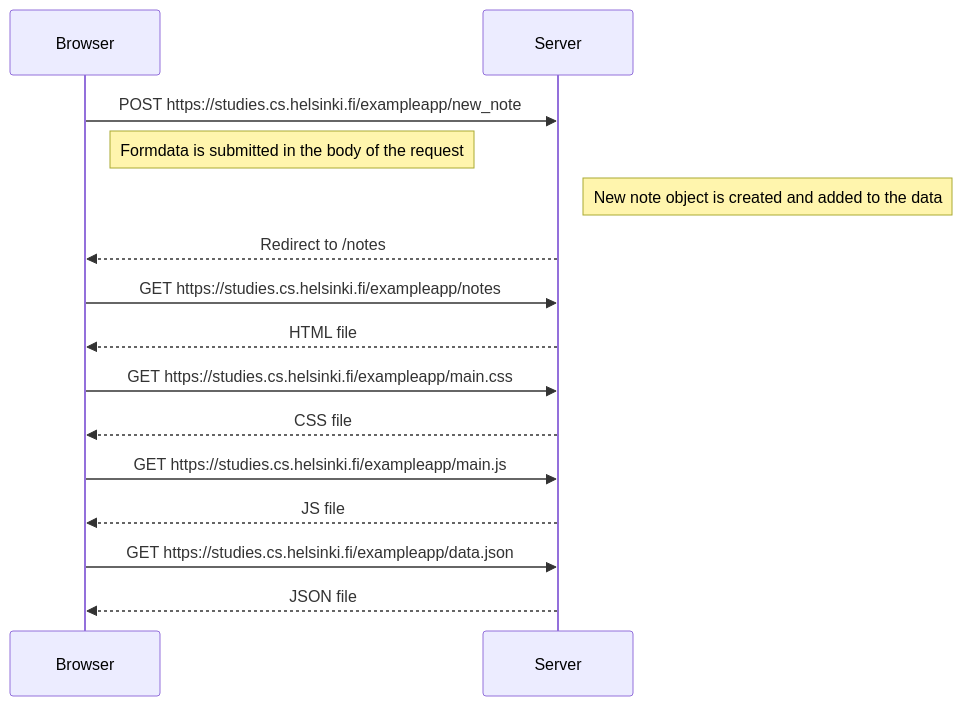
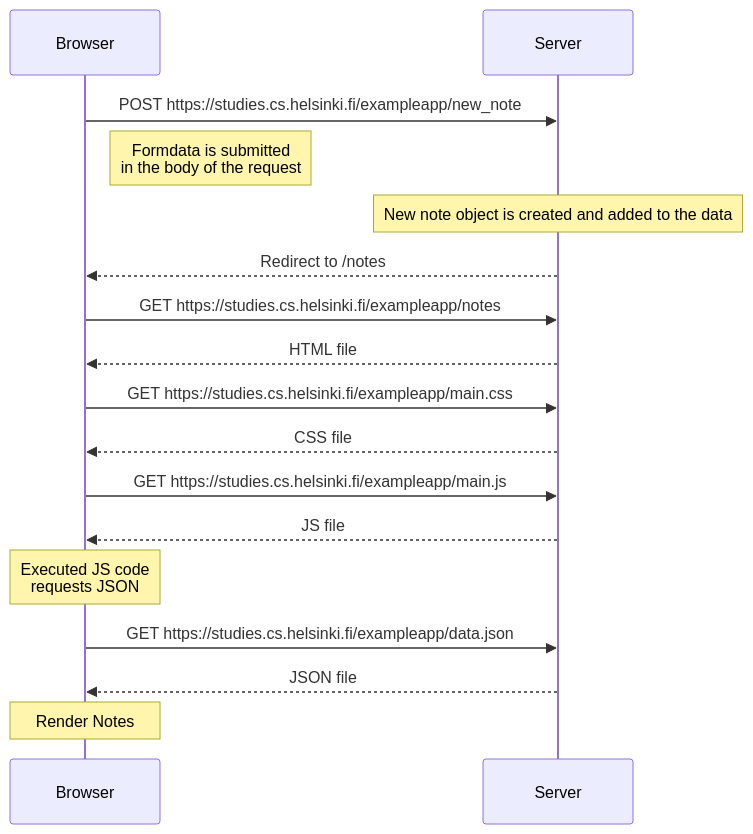
The diagram in part0/0.4-new-note-diagram.md (JD-Gonz/fullstackopen), drawn with Mermaid before and after one commit.

Commit message:
add more comments to exercise 0.4

`````diff
--- a/part0/0.4-new-note-diagram.md
+++ b/part0/0.4-new-note-diagram.md
@@ -3,19 +3,25 @@
 ```mermaid
 sequenceDiagram
     participant Browser
     participant Server
 
     Browser->>Server: POST https://studies.cs.helsinki.fi/exampleapp/new_note
-    note right of Browser: Formdata is submitted in the body of the request
-    note right of Server: New note object is created and added to the data
+
+    note right of Browser: Formdata is submitted<br>in the body of the request
+    note over Server: New note object is created and added to the data
     Server-->>Browser: Redirect to /notes
 
     Browser->>Server: GET https://studies.cs.helsinki.fi/exampleapp/notes
     Server-->>Browser: HTML file
     Browser->>Server: GET https://studies.cs.helsinki.fi/exampleapp/main.css
     Server-->>Browser: CSS file
     Browser->>Server: GET https://studies.cs.helsinki.fi/exampleapp/main.js
     Server-->>Browser: JS file
+
+    note over Browser: Executed JS code <br> requests JSON
+
     Browser->>Server: GET https://studies.cs.helsinki.fi/exampleapp/data.json
     Server-->>Browser: JSON file
+
+    note over Browser: Render Notes
 ````
`````
